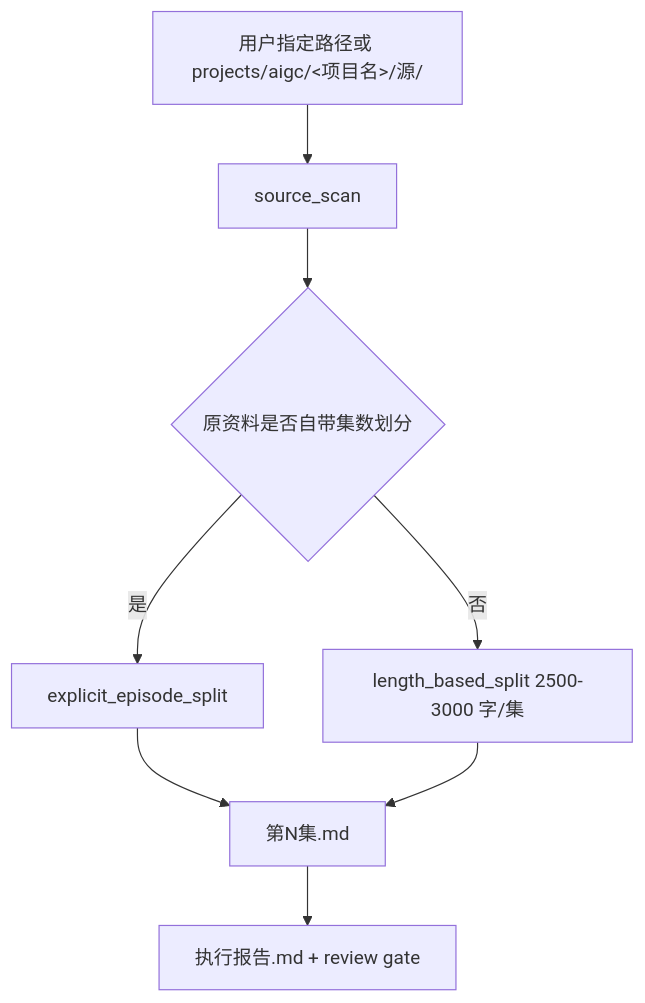
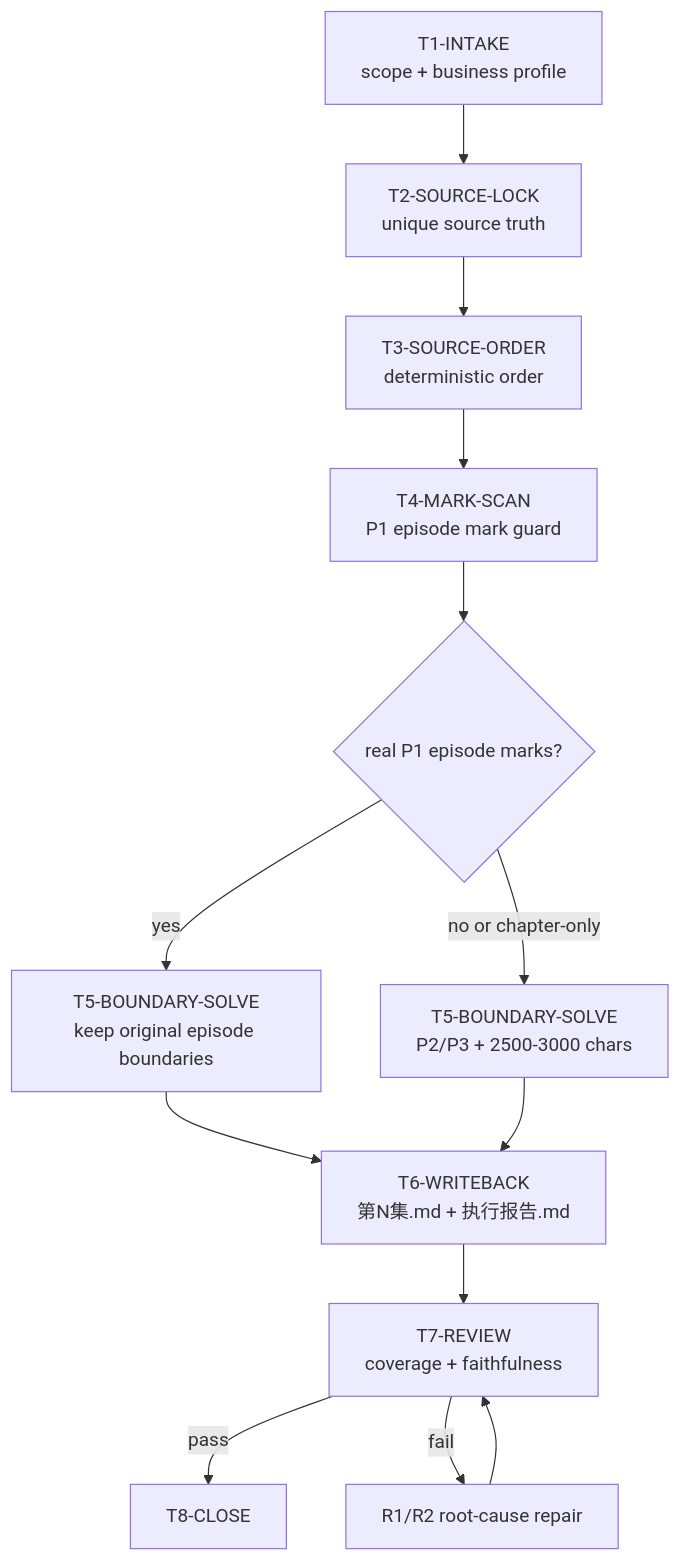
One commit to ZEN-VOID/AI-CUT changed the first of 2 diagrams in .agents/skills/aigc/1-分集/SKILL.md. Above: the diagram before and after it, drawn with Mermaid. The commit also changed other lines of this file and 181 other files, not shown here.

````diff
--- a/.agents/skills/aigc/1-分集/SKILL.md
+++ b/.agents/skills/aigc/1-分集/SKILL.md
@@ -113,10 +115,15 @@
 ```mermaid
 flowchart TD
-    A["用户指定路径或 projects/aigc/<项目名>/源/"] --> B["source_scan"]
-    B --> C{"原资料是否自带集数划分"}
-    C -->|"是"| D["explicit_episode_split"]
-    C -->|"否"| E["length_based_split 2500-3000 字/集"]
-    D --> F["第N集.md"]
-    E --> F
-    F --> G["执行报告.md + review gate"]
+    A["T1-INTAKE<br/>scope + business profile"] --> B["T2-SOURCE-LOCK<br/>unique source truth"]
+    B --> C["T3-SOURCE-ORDER<br/>deterministic order"]
+    C --> D["T4-MARK-SCAN<br/>P1 episode mark guard"]
+    D --> E{"real P1 episode marks?"}
+    E -->|"yes"| F["T5-BOUNDARY-SOLVE<br/>keep original episode boundaries"]
+    E -->|"no or chapter-only"| G["T5-BOUNDARY-SOLVE<br/>P2/P3 + 2500-3000 chars"]
+    F --> H["T6-WRITEBACK<br/>第N集.md + 执行报告.md"]
+    G --> H
+    H --> I["T7-REVIEW<br/>coverage + faithfulness"]
+    I -->|"pass"| J["T8-CLOSE"]
+    I -->|"fail"| K["R1/R2 root-cause repair"]
+    K --> I
 ```
````
